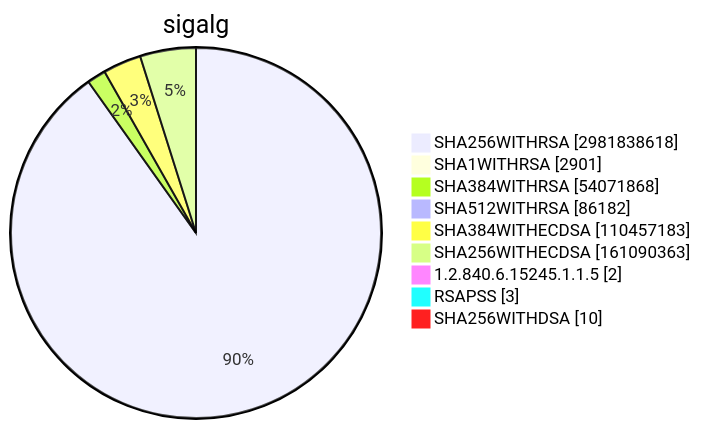
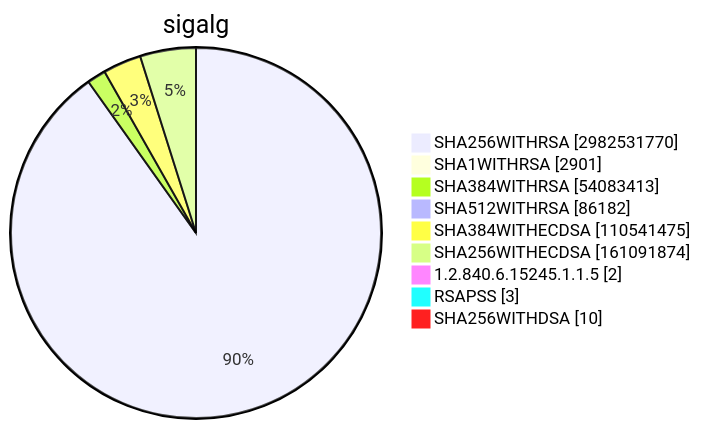
Diagram 15 of 15 in TOTAL/README.md (christiankrug/ctmonitor_visualization), drawn with Mermaid before and after one commit. The commit also changed other lines of this file, not shown here.

````diff
--- a/TOTAL/README.md
+++ b/TOTAL/README.md
@@ -6208,13 +6208,13 @@
 ```mermaid
 pie showData
 title sigalg
-"SHA256WITHRSA" :2981838618
+"SHA256WITHRSA" :2982531770
 "SHA1WITHRSA" :2901
-"SHA384WITHRSA" :54071868
+"SHA384WITHRSA" :54083413
 "SHA512WITHRSA" :86182
-"SHA384WITHECDSA" :110457183
-"SHA256WITHECDSA" :161090363
+"SHA384WITHECDSA" :110541475
+"SHA256WITHECDSA" :161091874
 "1.2.840.6.15245.1.1.5" :2
 "RSAPSS" :3
 "SHA256WITHDSA" :10
 ```
````
